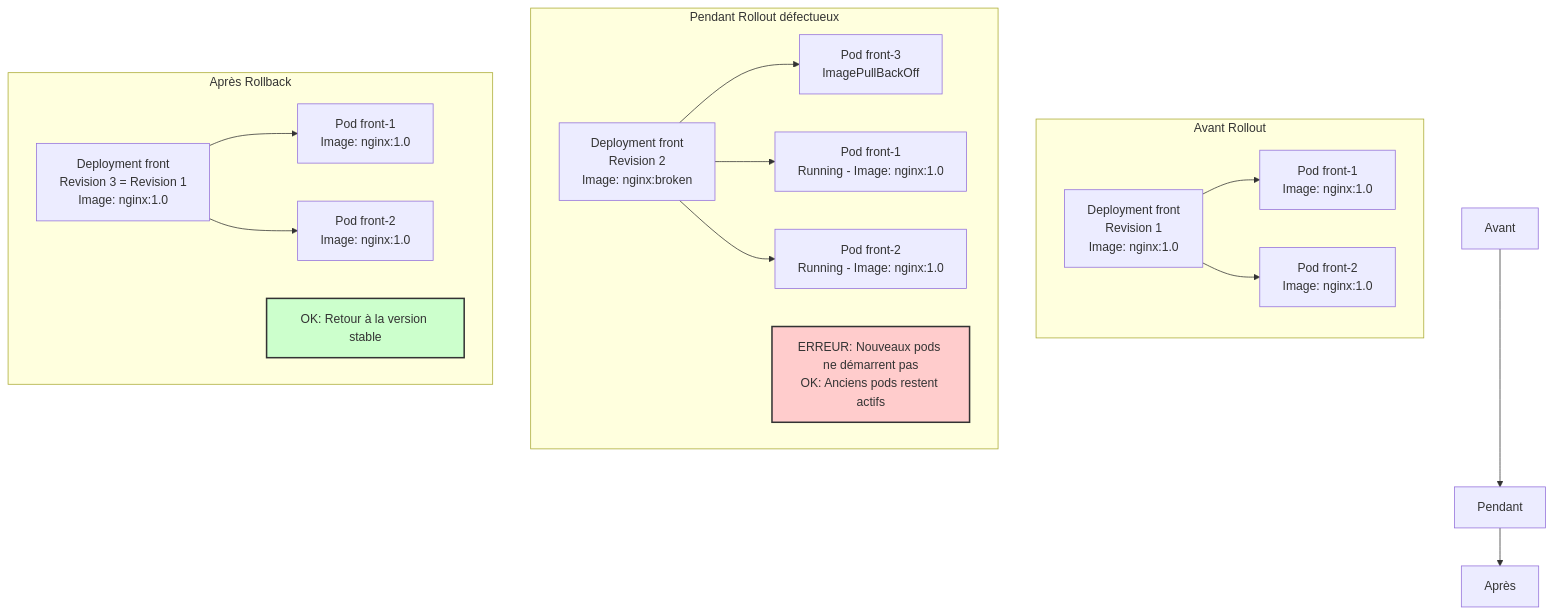
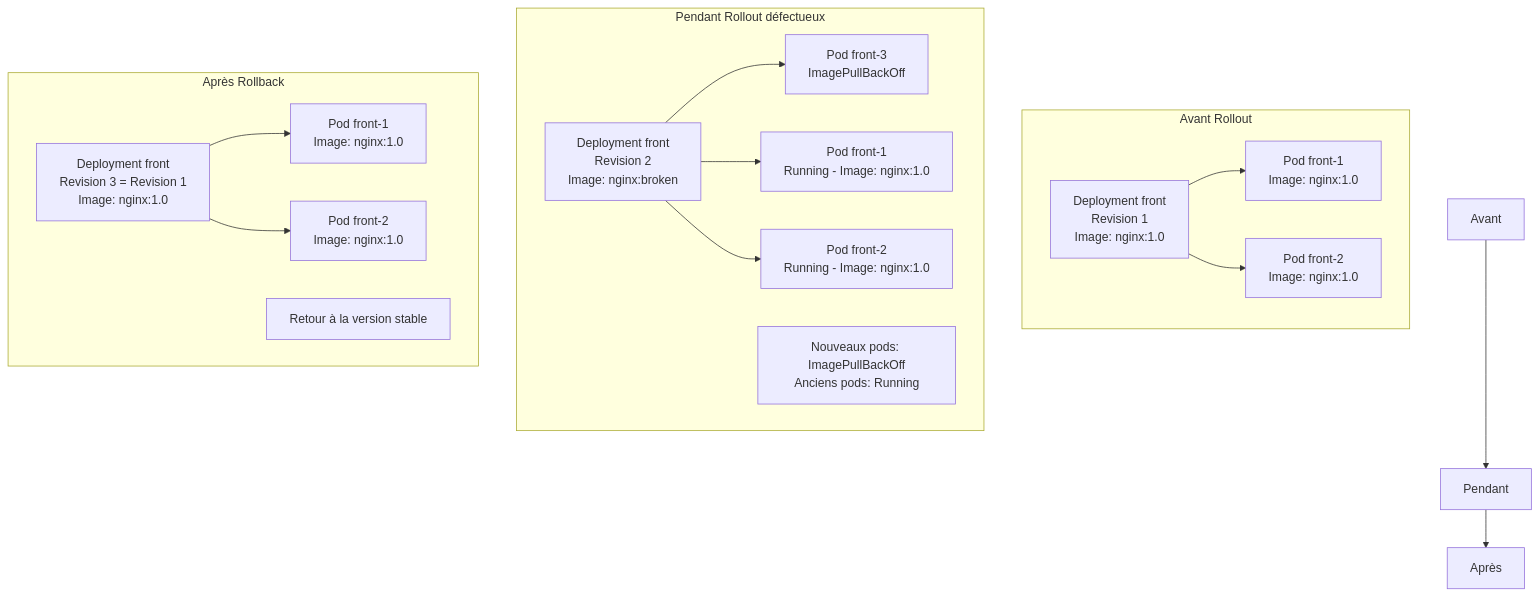
Before and after one commit to MPFabio/S4-Ingress-TLS-Config-Secrets: the eighth of 9 diagrams in ARCHITECTURE.md, drawn with Mermaid. The commit also changed other lines of this file, not shown here.

Commit message:
Simplify diagrams for better readability

````diff
--- a/ARCHITECTURE.md
+++ b/ARCHITECTURE.md
@@ -269,36 +237,33 @@
 ```mermaid
 flowchart TB
     subgraph Avant Rollout
         D1[Deployment front<br/>Revision 1<br/>Image: nginx:1.0]
         P1[Pod front-1<br/>Image: nginx:1.0]
         P2[Pod front-2<br/>Image: nginx:1.0]
         D1 --> P1
         D1 --> P2
     end
     
     subgraph Pendant Rollout défectueux
         D2[Deployment front<br/>Revision 2<br/>Image: nginx:broken]
         P3[Pod front-3<br/>ImagePullBackOff]
         P4[Pod front-1<br/>Running - Image: nginx:1.0]
         P5[Pod front-2<br/>Running - Image: nginx:1.0]
         D2 --> P3
         D2 --> P4
         D2 --> P5
-        Note1[ERREUR: Nouveaux pods ne démarrent pas<br/>OK: Anciens pods restent actifs]
+        Note1[Nouveaux pods: ImagePullBackOff<br/>Anciens pods: Running]
     end
     
     subgraph Après Rollback
         D3[Deployment front<br/>Revision 3 = Revision 1<br/>Image: nginx:1.0]
         P6[Pod front-1<br/>Image: nginx:1.0]
         P7[Pod front-2<br/>Image: nginx:1.0]
         D3 --> P6
         D3 --> P7
-        Note2[OK: Retour à la version stable]
+        Note2[Retour à la version stable]
     end
     
     Avant --> Pendant
     Pendant --> Après
-    
-    style Note1 fill:#fcc,stroke:#333,stroke-width:2px
-    style Note2 fill:#cfc,stroke:#333,stroke-width:2px
 ```
````
